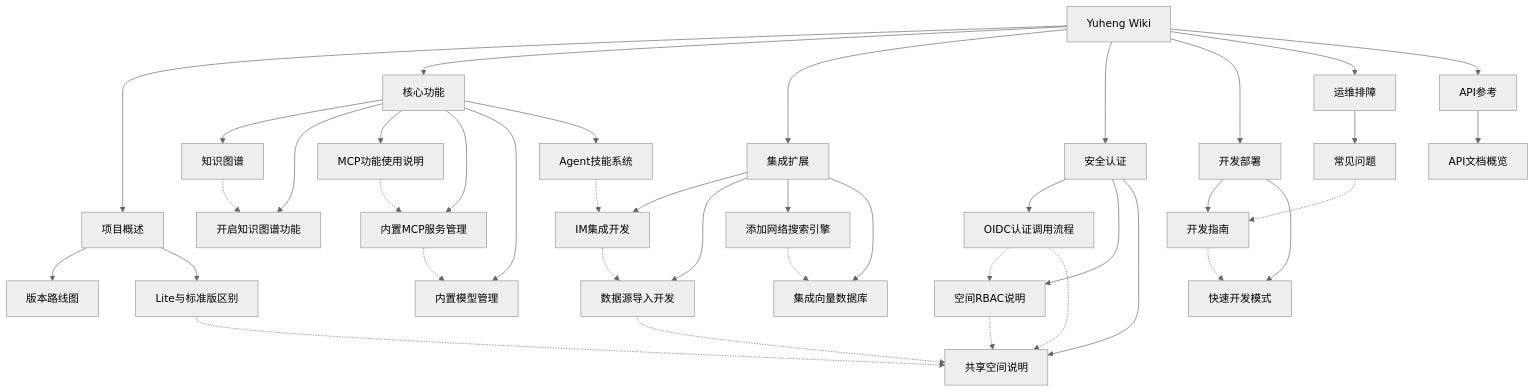
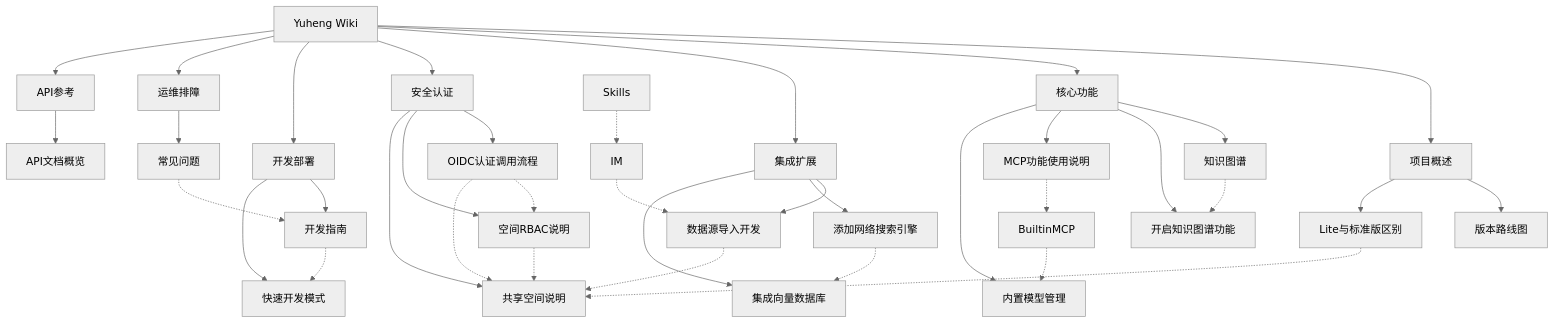
Before and after one commit to magicyuan876/Yuheng: the diagram in docs/wiki/Home.md, drawn with Mermaid (neutral theme). The commit also changed other lines of this file and 994 other files, not shown here.

````diff
--- a/docs/wiki/Home.md
+++ b/docs/wiki/Home.md
@@ -71,51 +68,48 @@
 ```mermaid
 graph TB
     Home[Yuheng Wiki]
     Home --> 项目概述
     Home --> 核心功能
     Home --> 集成扩展
     Home --> 安全认证
     Home --> 开发部署
     Home --> 运维排障
     Home --> API参考
 
     项目概述 --> ROADMAP[版本路线图]
     项目概述 --> LITE[Lite与标准版区别]
 
     核心功能 --> KG[知识图谱]
     核心功能 --> KGSetup[开启知识图谱功能]
     核心功能 --> MCP[MCP功能使用说明]
-    核心功能 --> BuiltinMCP[内置MCP服务管理]
     核心功能 --> BuiltinModel[内置模型管理]
-    核心功能 --> Skills[Agent技能系统]
 
-    集成扩展 --> IM[IM集成开发]
     集成扩展 --> DS[数据源导入开发]
     集成扩展 --> WebSearch[添加网络搜索引擎]
     集成扩展 --> VecDB[集成向量数据库]
 
     安全认证 --> OIDC[OIDC认证调用流程]
     安全认证 --> RBAC[空间RBAC说明]
     安全认证 --> SharedSpace[共享空间说明]
 
     开发部署 --> DevGuide[开发指南]
     开发部署 --> QuickDev[快速开发模式]
 
     运维排障 --> FAQ[常见问题]
 
     API参考 --> APIOverview[API文档概览]
 
     KG -.-> KGSetup
     MCP -.-> BuiltinMCP
     BuiltinMCP -.-> BuiltinModel
     Skills -.-> IM
     IM -.-> DS
     DS -.-> SharedSpace
     OIDC -.-> RBAC
     RBAC -.-> SharedSpace
     OIDC -.-> SharedSpace
     LITE -.-> SharedSpace
     WebSearch -.-> VecDB
     DevGuide -.-> QuickDev
     FAQ -.-> DevGuide
 ```
````
